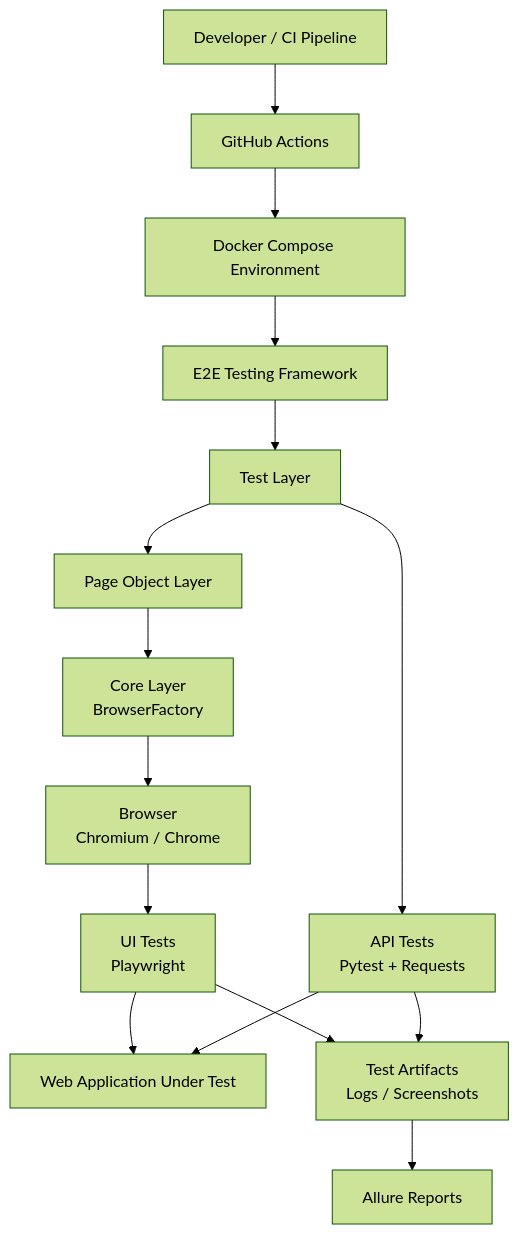
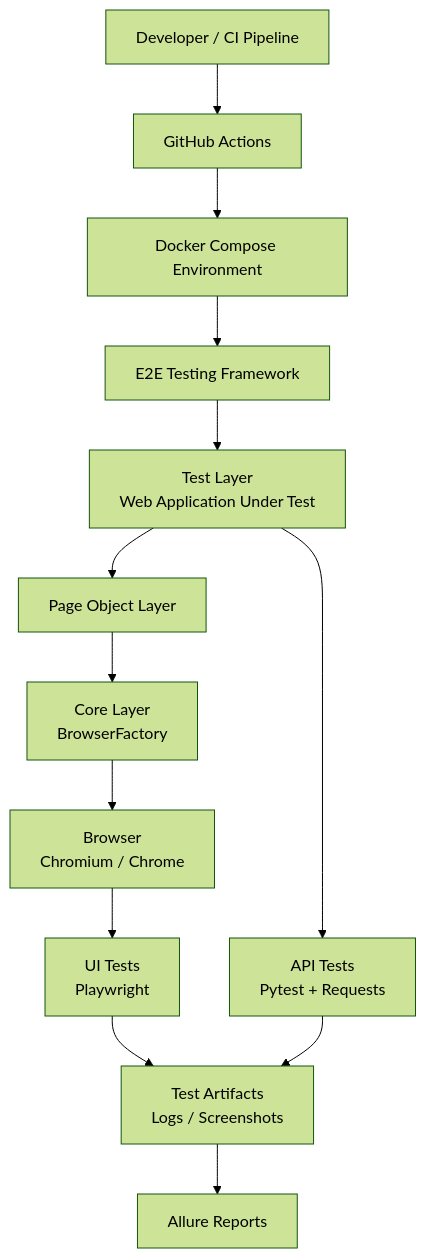
One commit to woofiwaffle/E2E-Testing-Framework changed the diagram in docs/Project_Doc_Rus.md. Above: the diagram before and after it, drawn with Mermaid (forest theme).

Commit message:
rd upd 7

````diff
--- a/docs/Project_Doc_Rus.md
+++ b/docs/Project_Doc_Rus.md
@@ -72,26 +72,23 @@
 ```mermaid
 flowchart TD
 
 A[Developer / CI Pipeline] --> B[GitHub Actions]
 
 B --> C[Docker Compose Environment]
 
 C --> D[E2E Testing Framework]
 
-D --> E[Test Layer]
+D --> E[Test Layer<br>Web Application Under Test]
 
 E --> F[Page Object Layer]
 F --> G[Core Layer<br>BrowserFactory]
 G --> H[Browser<br>Chromium / Chrome]
 
 H --> I[UI Tests<br>Playwright]
 E --> J[API Tests<br>Pytest + Requests]
 
-I --> K[Web Application Under Test]
-J --> K
-
 I --> L[Test Artifacts<br>Logs / Screenshots]
 J --> L
 
 L --> M[Allure Reports]
 ```
````
